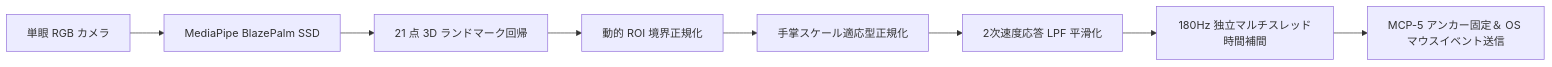
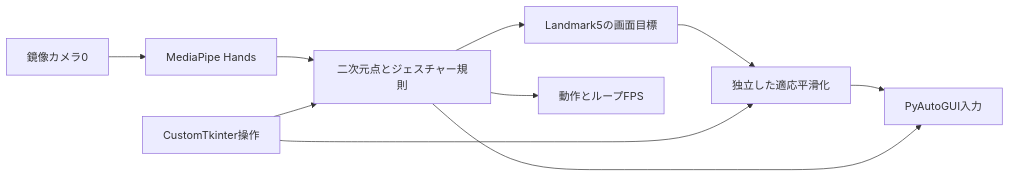
One commit to DongFengPo1412/Virtual-Mouse-and-Gesture-Control-System changed the diagram in README_JA.md. Above: the diagram before and after it, drawn with Mermaid. The commit also changed other lines of this file and 8 other files, not shown here.

````diff
--- a/README_JA.md
+++ b/README_JA.md
@@ -79,10 +13,12 @@
 ```mermaid
 flowchart LR
-    A[単眼 RGB カメラ] --> B[MediaPipe BlazePalm SSD]
-    B --> C[21 点 3D ランドマーク回帰]
-    C --> D[動的 ROI 境界正規化]
-    D --> E[手掌スケール適応型正規化]
-    E --> F[2次速度応答 LPF 平滑化]
-    F --> G[180Hz 独立マルチスレッド時間補間]
-    G --> H[MCP-5 アンカー固定＆ OS マウスイベント送信]
+    Camera[鏡像カメラ0] --> Hands[MediaPipe Hands]
+    Hands --> Rules[二次元点とジェスチャー規則]
+    Rules --> Target[Landmark5の画面目標]
+    Target --> Smooth[独立した適応平滑化]
+    Smooth --> OS[PyAutoGUI入力]
+    Rules --> OS
+    GUI[CustomTkinter操作] --> Rules
+    GUI --> Smooth
+    Rules --> Status[動作とループFPS]
 ```
````
